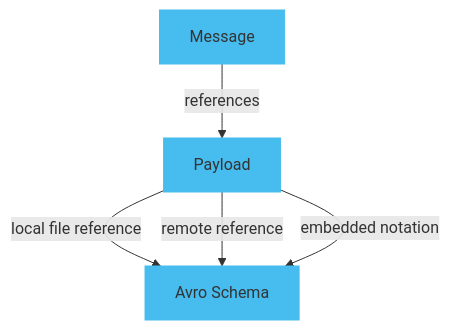
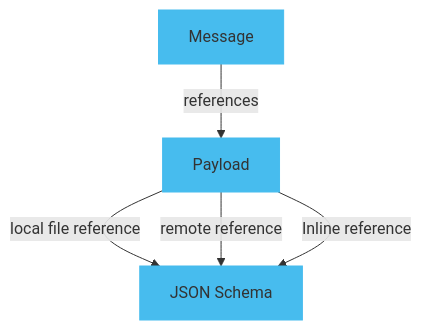
One commit to asyncapi/website changed the diagram in pages/docs/concepts/asyncapi document/payload-schema.md. Above: the diagram before and after it, drawn with Mermaid. The commit also changed other lines of this file, not shown here.

Commit message:
Fix for JSON Schema

````diff
--- a/pages/docs/concepts/asyncapi document/payload-schema.md
+++ b/pages/docs/concepts/asyncapi document/payload-schema.md
@@ -22,15 +20,15 @@
 ```mermaid
 graph TD
     A[Message]
     B[Payload]
-    C[Avro Schema]
+    C[JSON Schema]
 
 style A fill:#47BCEE,stroke:#47BCEE;
 style B fill:#47BCEE,stroke:#47BCEE;
 style C fill:#47BCEE,stroke:#47BCEE;
 
   A -->|references| B
   B -->|local file reference| C
   B -->|remote reference| C
-  B -->|embedded notation| C
+  B -->|Inline reference| C
 ```
````
